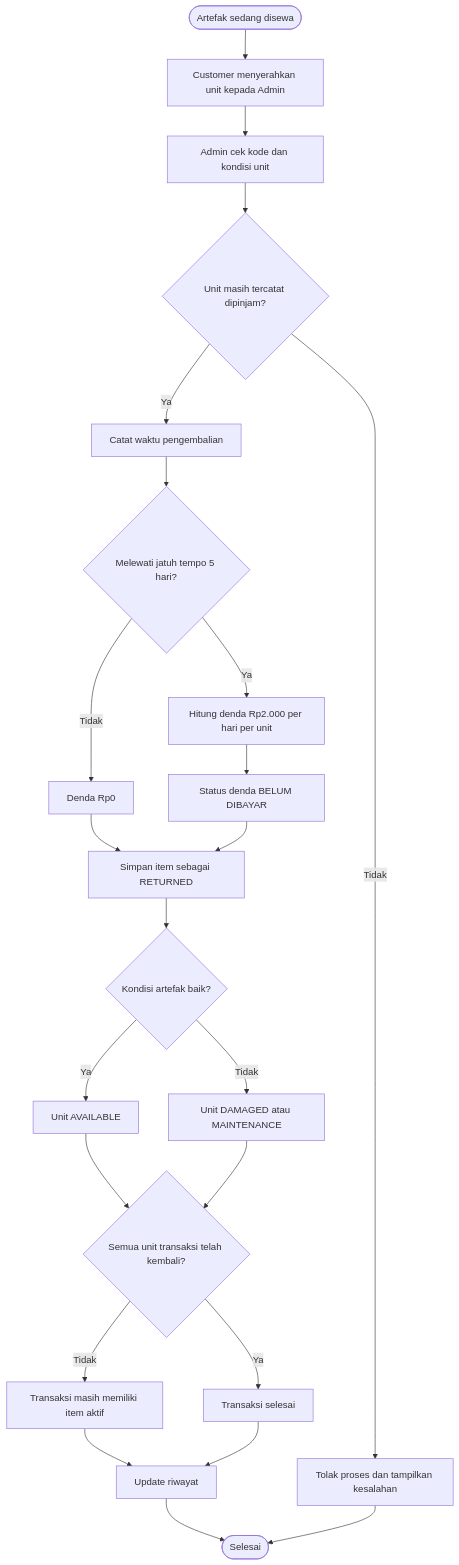
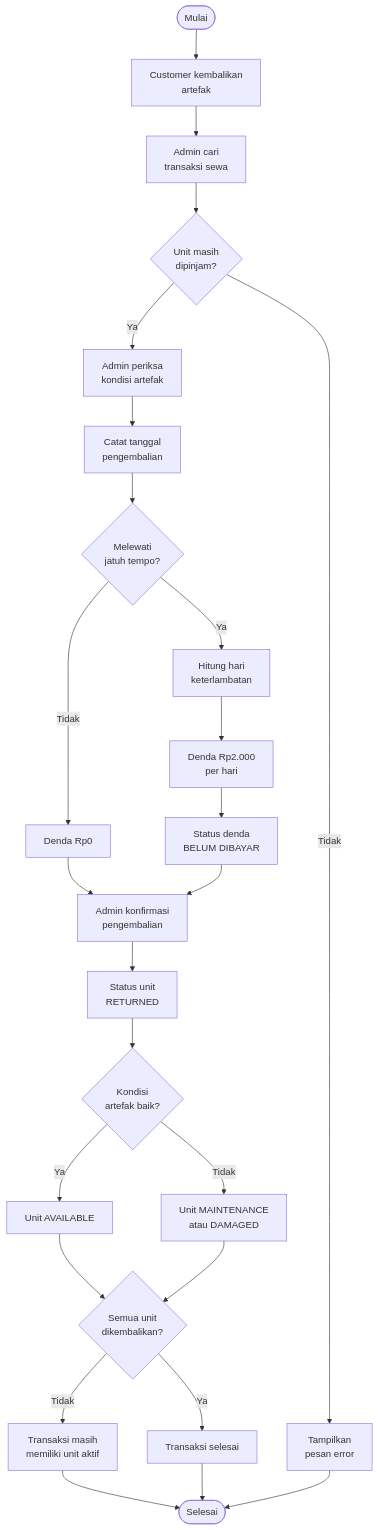
Before and after one commit to gladwin-ui/PotionVault-WEB: the second of 3 diagrams in README.md, drawn with Mermaid. The commit also changed other lines of this file, not shown here.

````diff
--- a/README.md
+++ b/README.md
@@ -178,25 +191,39 @@
 ```mermaid
+
 flowchart TD
-    A([Artefak sedang disewa]) --> B[Customer menyerahkan unit kepada Admin]
-    B --> C[Admin cek kode dan kondisi unit]
-    C --> D{Unit masih tercatat dipinjam?}
-    D -- Tidak --> E[Tolak proses dan tampilkan kesalahan]
-    D -- Ya --> F[Catat waktu pengembalian]
-    F --> G{Melewati jatuh tempo 5 hari?}
-    G -- Tidak --> H[Denda Rp0]
-    G -- Ya --> I[Hitung denda Rp2.000 per hari per unit]
-    I --> J[Status denda BELUM DIBAYAR]
-    H --> K[Simpan item sebagai RETURNED]
-    J --> K
-    K --> L{Kondisi artefak baik?}
-    L -- Ya --> M[Unit AVAILABLE]
-    L -- Tidak --> N[Unit DAMAGED atau MAINTENANCE]
-    M --> O{Semua unit transaksi telah kembali?}
-    N --> O
-    O -- Tidak --> P[Transaksi masih memiliki item aktif]
-    O -- Ya --> Q[Transaksi selesai]
-    P --> R[Update riwayat]
+    A([Mulai]) --> B[Customer kembalikan<br/>artefak]
+    B --> C[Admin cari<br/>transaksi sewa]
+    C --> D{Unit masih<br/>dipinjam?}
+
+    D -- Tidak --> E[Tampilkan<br/>pesan error]
+    D -- Ya --> F[Admin periksa<br/>kondisi artefak]
+
+    F --> G[Catat tanggal<br/>pengembalian]
+    G --> H{Melewati<br/>jatuh tempo?}
+
+    H -- Tidak --> I[Denda Rp0]
+    H -- Ya --> J[Hitung hari<br/>keterlambatan]
+
+    J --> K[Denda Rp2.000<br/>per hari]
+    K --> L[Status denda<br/>BELUM DIBAYAR]
+
+    I --> M[Admin konfirmasi<br/>pengembalian]
+    L --> M
+
+    M --> N[Status unit<br/>RETURNED]
+    N --> O{Kondisi<br/>artefak baik?}
+
+    O -- Ya --> P[Unit AVAILABLE]
+    O -- Tidak --> Q[Unit MAINTENANCE<br/>atau DAMAGED]
+
+    P --> R{Semua unit<br/>dikembalikan?}
     Q --> R
-    R --> S([Selesai])
-    E --> S
+
+    R -- Tidak --> S[Transaksi masih<br/>memiliki unit aktif]
+    R -- Ya --> T[Transaksi selesai]
+
+    S --> U([Selesai])
+    T --> U
+    E --> U
+
 ```
````
